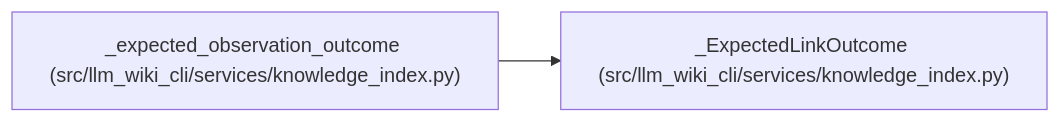
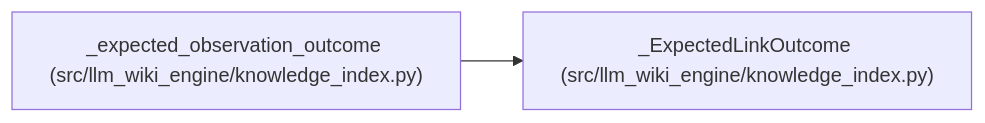
One commit to Denissvgn/python-wiki-llm changed the diagram in docs/llm_wiki/entities/ExpectedLinkOutcome.md. Above: the diagram before and after it, drawn with Mermaid. The commit also changed other lines of this file and 1058 other files, not shown here.

First line of the commit message:
docs: refresh the wiki for the knowledge store move

````diff
--- a/docs/llm_wiki/entities/ExpectedLinkOutcome.md
+++ b/docs/llm_wiki/entities/ExpectedLinkOutcome.md
@@ -30,8 +30,8 @@
 ```mermaid
 flowchart LR
-    n0["_ExpectedLinkOutcome (src/llm_wiki_cli/services/knowledge_index.py)"]
-    n1["_expected_observation_outcome (src/llm_wiki_cli/services/knowledge_index.py)"]
+    n0["_ExpectedLinkOutcome (src/llm_wiki_engine/knowledge_index.py)"]
+    n1["_expected_observation_outcome (src/llm_wiki_engine/knowledge_index.py)"]
     n1 --> n0
     click n0 "../modules/knowledge_index.md"
     click n1 "../modules/knowledge_index.md"
 ```
````
